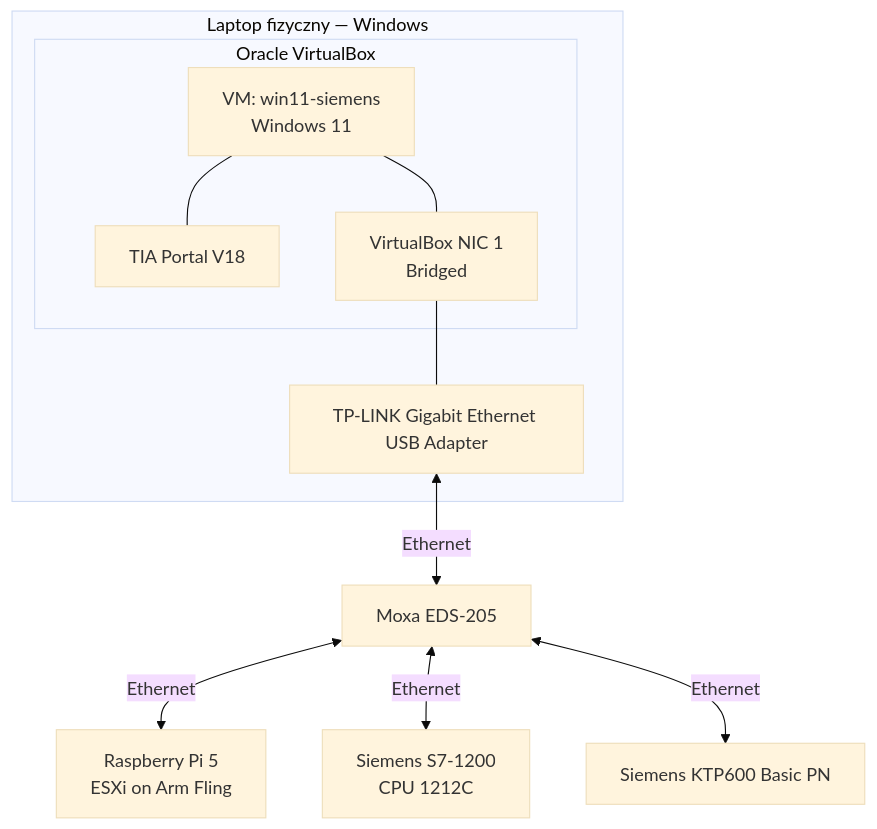
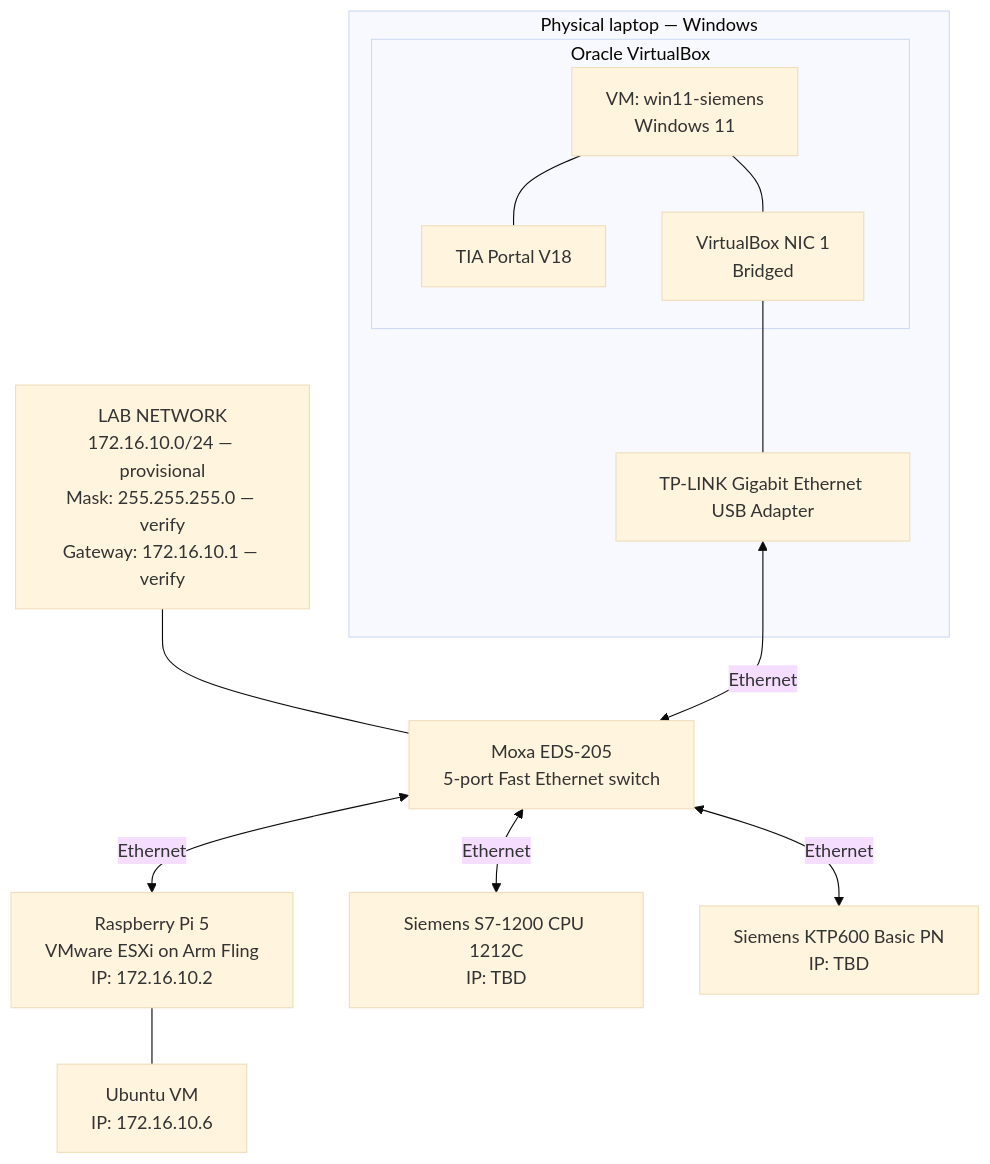
One commit to mrcgrs-j/industry-devops-lab changed the diagram in docs/02-network.md. Above: the diagram before and after it, drawn with Mermaid (base theme). The commit also changed other lines of this file, not shown here.

````diff
--- a/docs/02-network.md
+++ b/docs/02-network.md
@@ -5,20 +17,30 @@
 ```mermaid
 flowchart TB
-    subgraph LAPTOP["Laptop fizyczny — Windows"]
+    NET["LAB NETWORK<br/>172.16.10.0/24 — provisional<br/>Mask: 255.255.255.0 — verify<br/>Gateway: 172.16.10.1 — verify"]
+
+    subgraph LAPTOP["Physical laptop — Windows"]
         subgraph VB["Oracle VirtualBox"]
             WIN11["VM: win11-siemens<br/>Windows 11"]
             TIA["TIA Portal V18"]
+            NIC["VirtualBox NIC 1<br/>Bridged"]
             WIN11 --- TIA
-            NIC["VirtualBox NIC 1<br/>Bridged"]
             WIN11 --- NIC
         end
         USB["TP-LINK Gigabit Ethernet USB Adapter"]
         NIC --- USB
     end
 
-    USB <-->|Ethernet| SW["Moxa EDS-205"]
+    SW["Moxa EDS-205<br/>5-port Fast Ethernet switch"]
 
-    SW <-->|Ethernet| RPI["Raspberry Pi 5<br/>ESXi on Arm Fling"]
-    SW <-->|Ethernet| PLC["Siemens S7-1200<br/>CPU 1212C"]
-    SW <-->|Ethernet| HMI["Siemens KTP600 Basic PN"]
+    RPI["Raspberry Pi 5<br/>VMware ESXi on Arm Fling<br/>IP: 172.16.10.2"]
+    VM["Ubuntu VM<br/>IP: 172.16.10.6"]
+    PLC["Siemens S7-1200 CPU 1212C<br/>IP: TBD"]
+    HMI["Siemens KTP600 Basic PN<br/>IP: TBD"]
+
+    NET --- SW
+    USB <-->|Ethernet| SW
+    SW <-->|Ethernet| RPI
+    SW <-->|Ethernet| PLC
+    SW <-->|Ethernet| HMI
+    RPI --- VM
 ```
````
